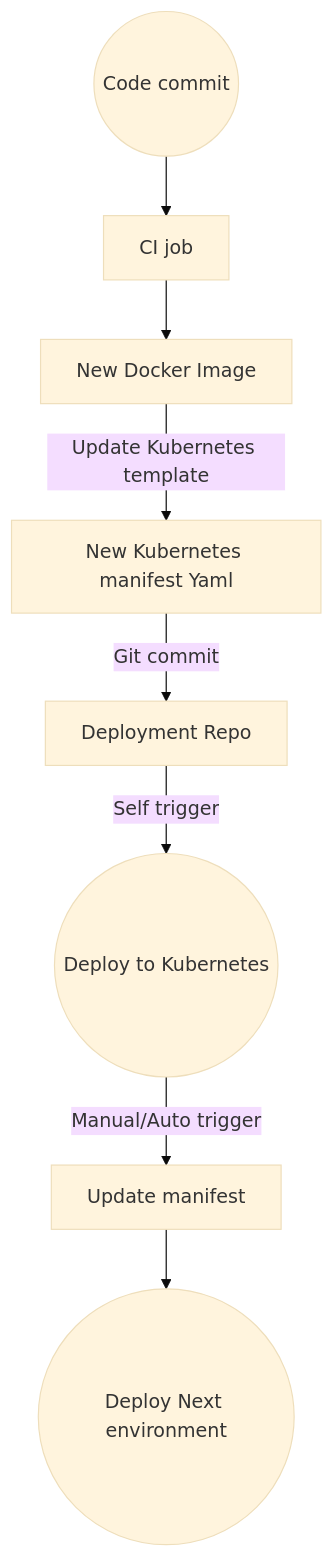
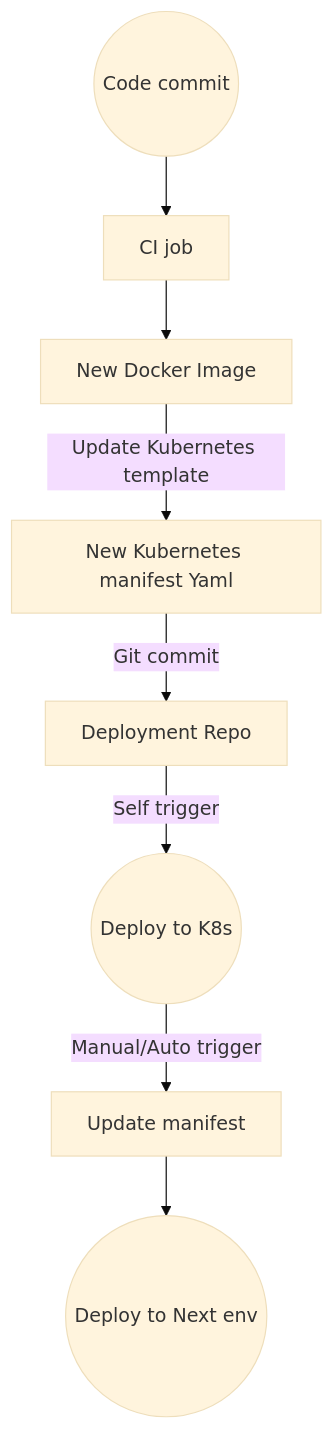
Before and after one commit to wahyd4/knowledge: the diagram in categories/devops.md, drawn with Mermaid (base theme). The commit also changed 1 other file, not shown here.

Commit message:
Update html to support mermaid

````diff
--- a/categories/devops.md
+++ b/categories/devops.md
@@ -26,11 +26,11 @@
 ```mermaid
 graph TB
 
 A(("Code commit")) -->B1["CI job"]
 B1 -->C["New Docker Image"]
 C --Update Kubernetes template--> D[New Kubernetes manifest Yaml]
 D --Git commit-->E[Deployment Repo]
-E --Self trigger--> F((Deploy to Kubernetes))
+E --Self trigger--> F((Deploy to K8s))
 F --Manual/Auto trigger--> G[Update manifest]
-G --> H((Deploy Next environment))
+G --> H((Deploy to Next env))
 ```
````
